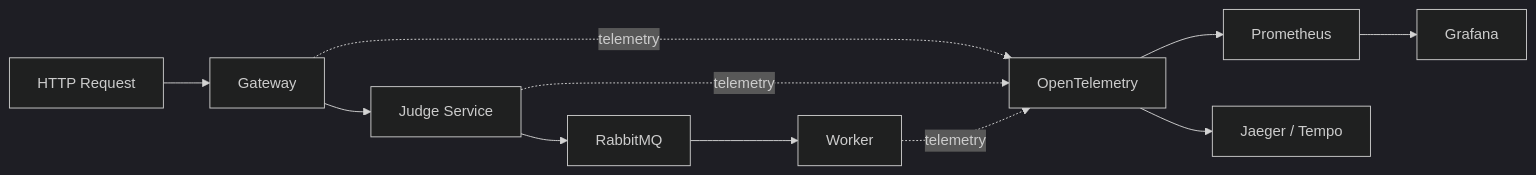
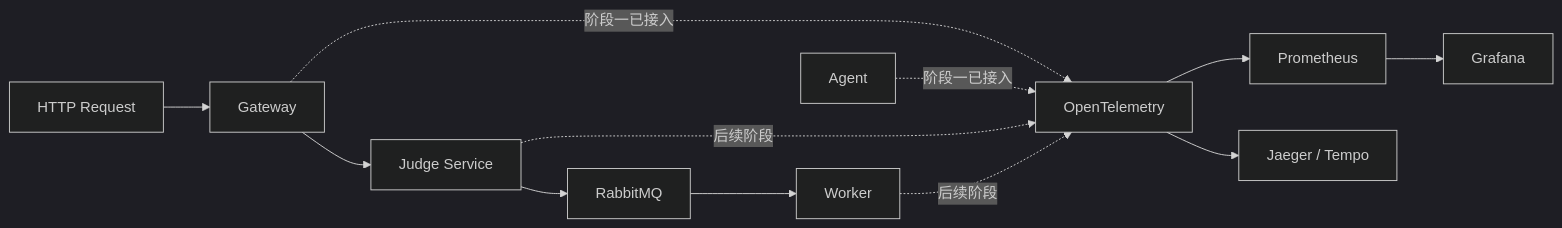
The fifth of 6 diagrams in docs/architecture.md (viggggil/go_oj_agent), drawn with Mermaid (dark theme) before and after one commit. The commit also changed other lines of this file and 8 other files, not shown here.

Commit message:
docs(observability): add design and agent architecture docs

````diff
--- a/docs/architecture.md
+++ b/docs/architecture.md
@@ -867,15 +867,16 @@
 ```mermaid
 flowchart LR
     HTTP["HTTP Request"] --> Gateway["Gateway"]
     Gateway --> Judge["Judge Service"]
     Judge --> MQ["RabbitMQ"]
     MQ --> Worker["Worker"]
 
-    Gateway -. telemetry .-> OTel["OpenTelemetry"]
-    Judge -. telemetry .-> OTel
-    Worker -. telemetry .-> OTel
+    Gateway -. "阶段一已接入" .-> OTel["OpenTelemetry"]
+    Agent -. "阶段一已接入" .-> OTel
+    Judge -. "后续阶段" .-> OTel
+    Worker -. "后续阶段" .-> OTel
 
     OTel --> Metrics["Prometheus"]
     OTel --> Traces["Jaeger / Tempo"]
     Metrics --> Grafana["Grafana"]
 ```
````
